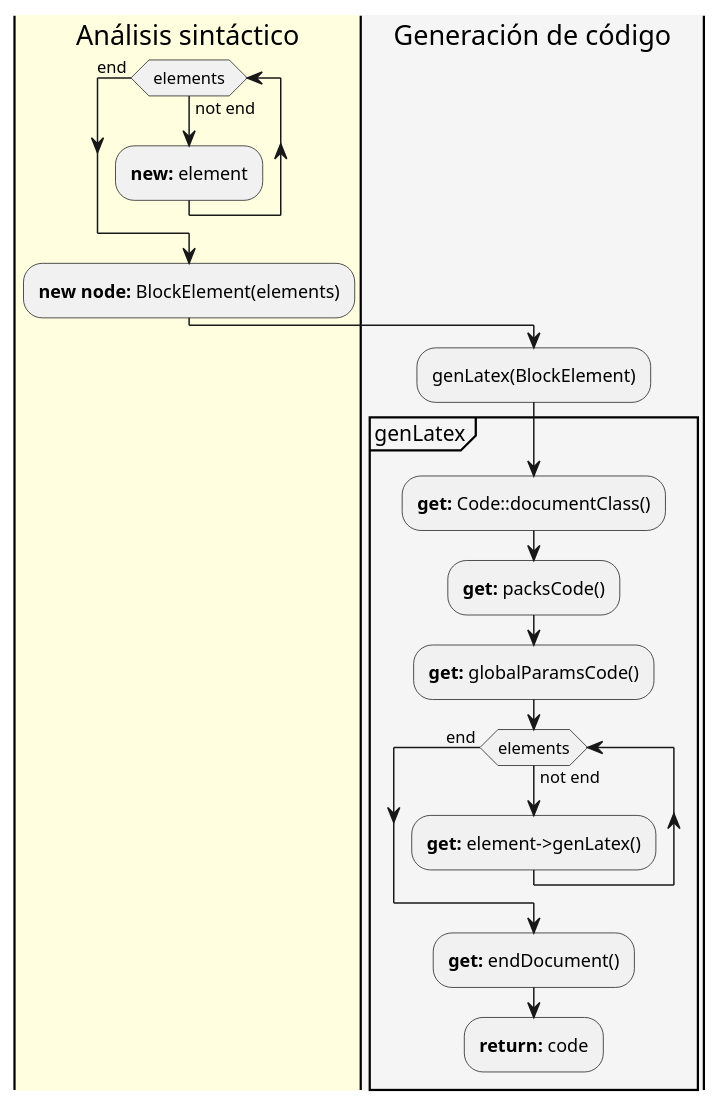
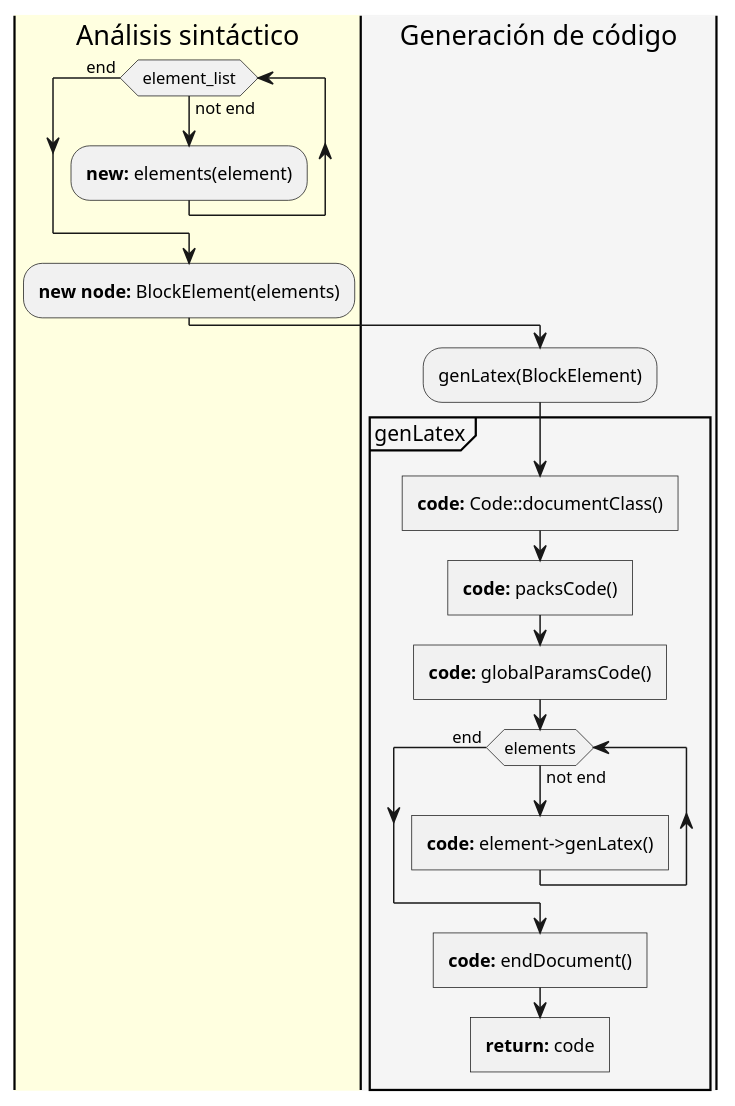
The diagram in gen-code-dev-flow.puml (LuisFajardoF/Diagramas-PUML), drawn with PlantUML before and after one commit. The commit also changed 3 other files, not shown here.

Commit message:
agregando diagramas de analisis lexico, sintactico y ast

```diff
--- a/gen-code-dev-flow.puml
+++ b/gen-code-dev-flow.puml
@@ -1,19 +1,19 @@
 @startuml
     |#LightYellow|Análisis sintáctico|
-        while ( elements ) is (not end)
-            :**new:** element;
+        while ( element_list ) is (not end)
+            :**new:** elements(element);
         endwhile ( end )
             :**new node:** BlockElement(elements);
     |#WhiteSmoke|Generación de código|
         :genLatex(BlockElement);
         partition genLatex {
-            :**get:** Code::documentClass();
-            :**get:** packsCode();
-            :**get:** globalParamsCode();
+            :**code:** Code::documentClass()]
+            :**code:** packsCode()]
+            :**code:** globalParamsCode()]
             while (elements) is (not end)
-                :**get:** element->genLatex();
+                :**code:** element->genLatex()]
             endwhile ( end )
-                :**get:** endDocument();
-                :**return:** code;
+                :**code:** endDocument()]
+                :**return:** code]
         }
 @enduml
```
